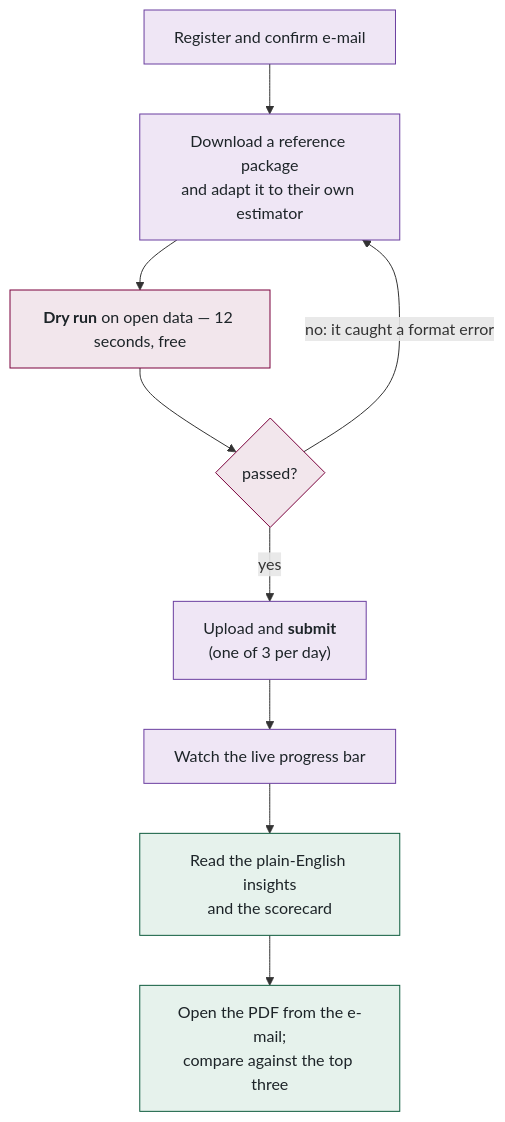
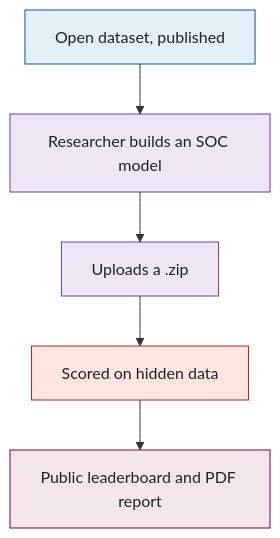
Before and after one commit to McMaster-Battery-Research-Group/battery-soc-benchmark: the first of 2 diagrams in docs/walkthrough/01-the-five-minute-version.md, drawn with Mermaid. The commit also changed other lines of this file and 53 other files, not shown here.

Commit message:
Walkthrough: rewritten shorter and plainer — 12 parts, 15 flat diagrams, glossary and reference tables at the back, no icons

````diff
--- a/docs/walkthrough/01-the-five-minute-version.md
+++ b/docs/walkthrough/01-the-five-minute-version.md
@@ -30,17 +10,15 @@
 ```mermaid
 flowchart TB
-    A["Register and confirm e-mail"] --> B["Download a reference package<br/>and adapt it to their own estimator"]
-    B --> C["<b>Dry run</b> on open data — 12 seconds, free"]
-    C --> D{"passed?"}
-    D -- "no: it caught a format error" --> B
-    D -- yes --> E["Upload and <b>submit</b><br/>(one of 3 per day)"]
-    E --> F["Watch the live progress bar"]
-    F --> G["Read the plain-English insights<br/>and the scorecard"]
-    G --> H["Open the PDF from the e-mail;<br/>compare against the top three"]
+    A["Open dataset, published"] --> B["Researcher builds an SOC model"]
+    B --> C["Uploads a .zip"]
+    C --> D["Scored on hidden data"]
+    D --> E["Public leaderboard and PDF report"]
+    classDef data fill:#E3F0F5,stroke:#0D5D78,color:#1d2428
     classDef person fill:#EFE6F5,stroke:#6B3FA0,color:#1d2428
+    classDef danger fill:#FFE5DF,stroke:#B3261E,color:#1d2428
     classDef web fill:#F2E6EC,stroke:#7A003C,color:#1d2428
-    classDef good fill:#E6F2EC,stroke:#0E5B3D,color:#1d2428
-    class A,B,E,F person
-    class C,D web
-    class G,H good
+    class A data
+    class B,C person
+    class D danger
+    class E web
 ```
````
